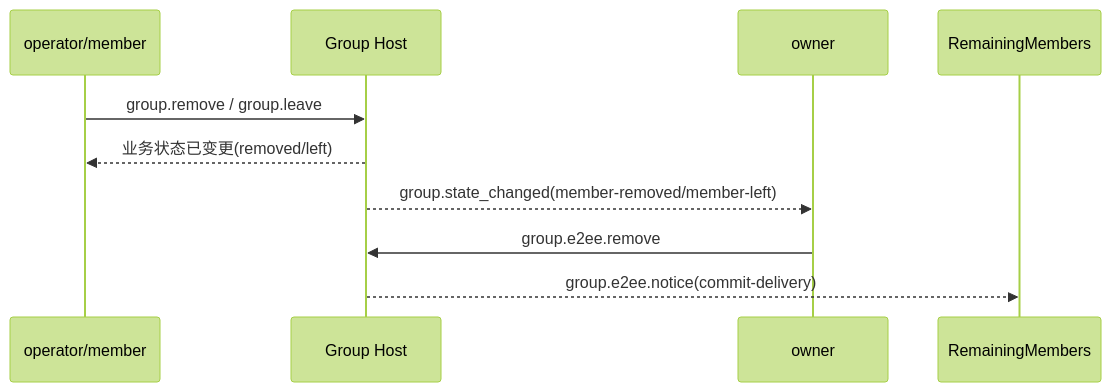
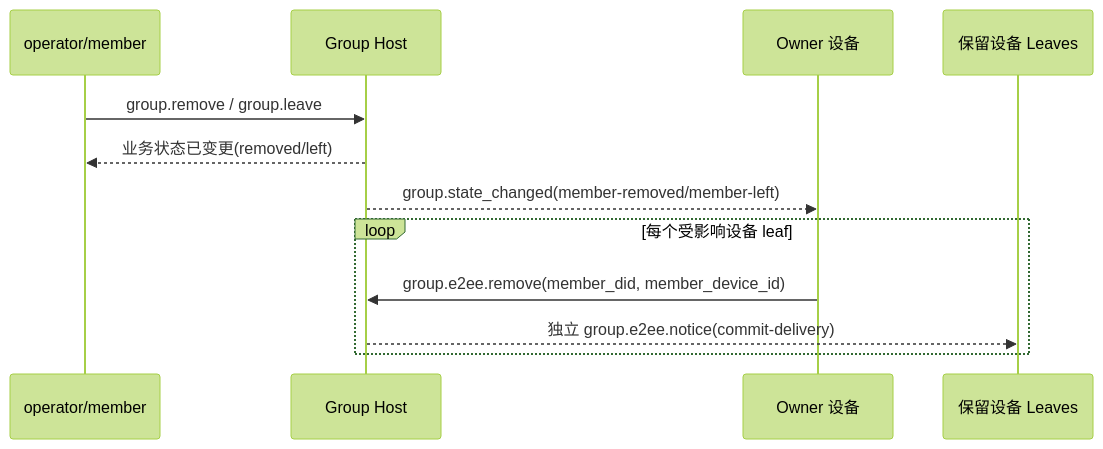
The seventh of 9 diagrams in chinese/message/vnext/06-群组端到端加密.md (NeatNerdPrime/AgentNetworkProtocol), drawn with Mermaid (forest theme) before and after one commit. The commit also changed other lines of this file and 31 other files, not shown here.

````diff
--- a/chinese/message/vnext/06-群组端到端加密.md
+++ b/chinese/message/vnext/06-群组端到端加密.md
@@ -1554,12 +1645,15 @@
 ```mermaid
 sequenceDiagram
     participant X as operator/member
     participant H as Group Host
-    participant O as owner
+    participant O as Owner 设备
+    participant R as 保留设备 Leaves
 
     X->>H: group.remove / group.leave
     H-->>X: 业务状态已变更(removed/left)
     H-->>O: group.state_changed(member-removed/member-left)
-    O->>H: group.e2ee.remove
-    H-->>RemainingMembers: group.e2ee.notice(commit-delivery)
+    loop 每个受影响设备 leaf
+        O->>H: group.e2ee.remove(member_did, member_device_id)
+        H-->>R: 独立 group.e2ee.notice(commit-delivery)
+    end
 ```
````
